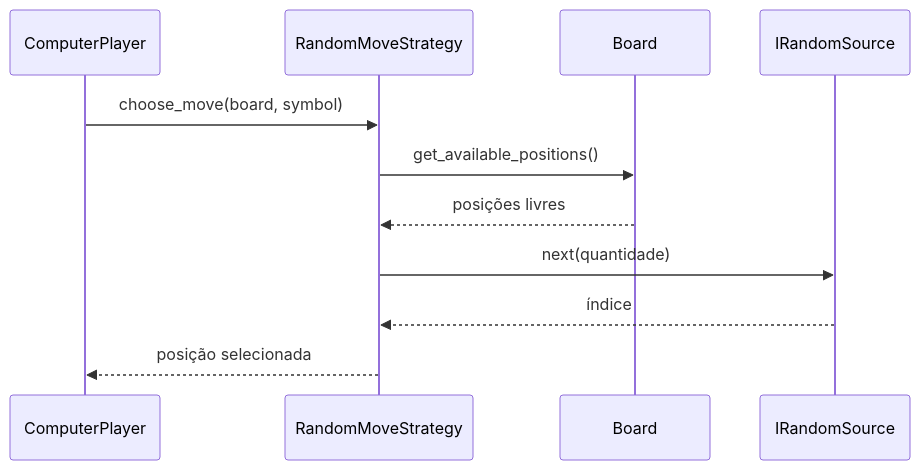
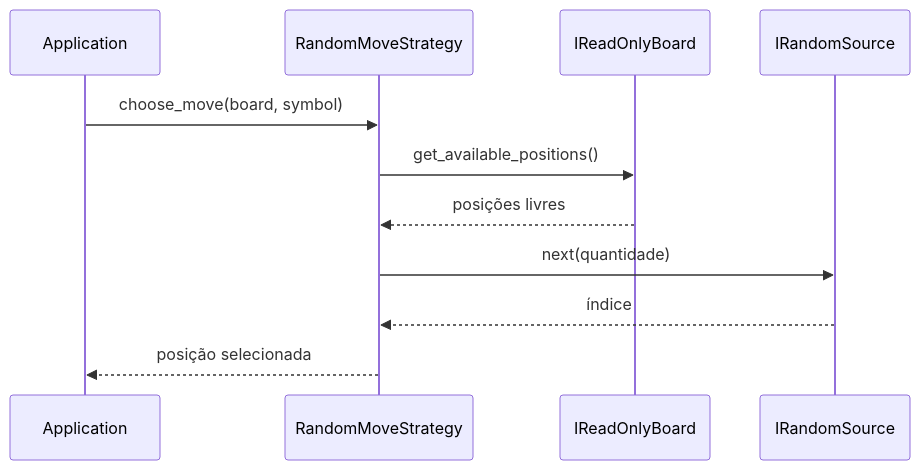
One commit to m4rc3lo/Tic-Tac-Toe changed the second of 3 diagrams in docs/10-inteligencia-artificial.md. Above: the diagram before and after it, drawn with Mermaid. The commit also changed other lines of this file and 6 other files, not shown here.

````diff
--- a/docs/10-inteligencia-artificial.md
+++ b/docs/10-inteligencia-artificial.md
@@ -81,14 +99,14 @@
 ```mermaid
 sequenceDiagram
-    participant Player as ComputerPlayer
+    participant Application
     participant Strategy as RandomMoveStrategy
-    participant Board
+    participant Board as IReadOnlyBoard
     participant Random as IRandomSource
 
-    Player->>Strategy: choose_move(board, symbol)
+    Application->>Strategy: choose_move(board, symbol)
     Strategy->>Board: get_available_positions()
     Board-->>Strategy: posições livres
     Strategy->>Random: next(quantidade)
     Random-->>Strategy: índice
-    Strategy-->>Player: posição selecionada
+    Strategy-->>Application: posição selecionada
 ```
````
